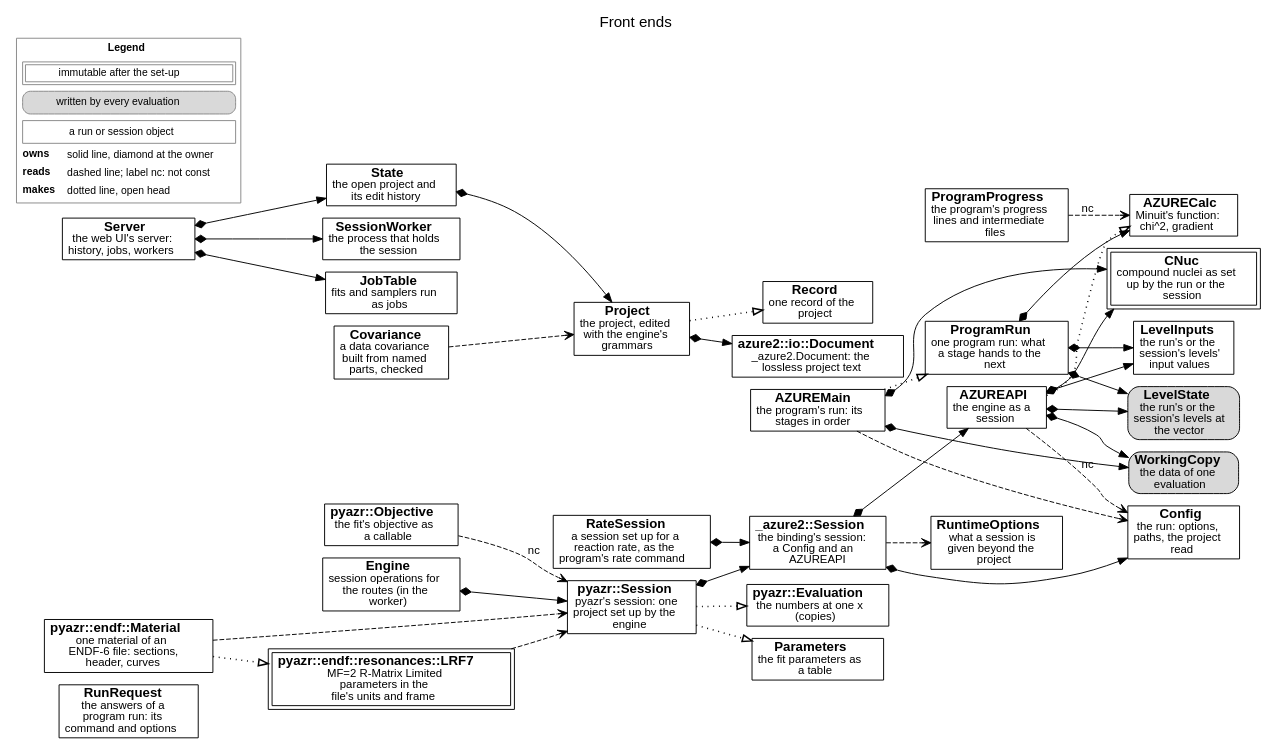
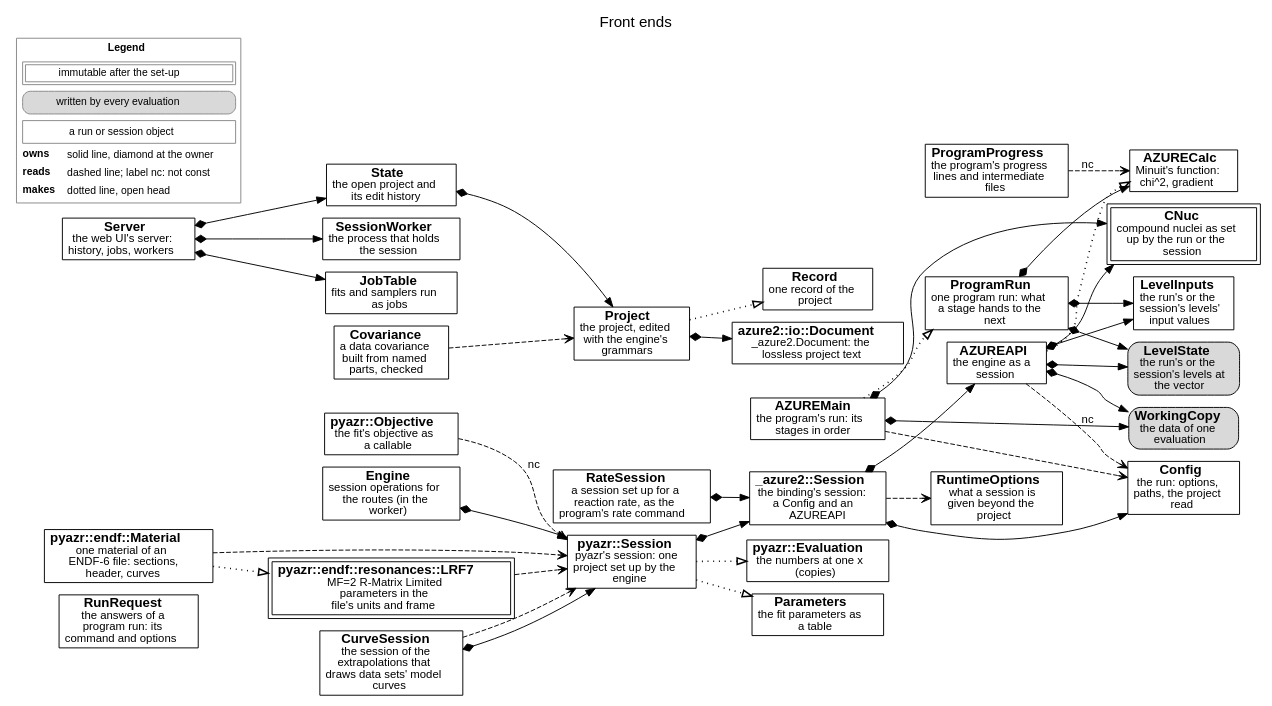
Before and after one commit to AZURE2DEV/AZURE2: the diagram in docs/source/developer/figures/frontends.dot, drawn with Graphviz. The commit also changed 51 other files, not shown here.

```diff
--- a/docs/source/developer/figures/frontends.dot
+++ b/docs/source/developer/figures/frontends.dot
@@ -1,68 +1,71 @@
 digraph frontends {
   graph [rankdir=LR, fontname="Helvetica", fontsize=16, labelloc=t, label="Front ends", nodesep=0.18, ranksep=0.3, newrank=true];
   node [fontname="Helvetica", fontsize=14, margin="0.08,0.04"];
   edge [fontname="Helvetica", fontsize=12];
   n_RunRequest [label=<<b>RunRequest</b><br/><font point-size="12">the answers of a<br/>program run: its<br/>command and options</font>>, shape=box, style="filled", fillcolor="white"];
   n_AZUREMain [label=<<b>AZUREMain</b><br/><font point-size="12">the program&#x27;s run: its<br/>stages in order</font>>, shape=box, style="filled", fillcolor="white"];
   n_Config [label=<<b>Config</b><br/><font point-size="12">the run: options,<br/>paths, the project<br/>read</font>>, shape=box, style="filled", fillcolor="white"];
   n_CNuc [label=<<b>CNuc</b><br/><font point-size="12">compound nuclei as set<br/>up by the run or the<br/>session</font>>, shape=box, peripheries=2, style="filled", fillcolor="white"];
   n_LevelState [label=<<b>LevelState</b><br/><font point-size="12">the run&#x27;s or the<br/>session&#x27;s levels at<br/>the vector</font>>, shape=box, style="rounded,filled", fillcolor="#d9d9d9"];
   n_LevelInputs [label=<<b>LevelInputs</b><br/><font point-size="12">the run&#x27;s or the<br/>session&#x27;s levels&#x27;<br/>input values</font>>, shape=box, style="filled", fillcolor="white"];
   n_WorkingCopy [label=<<b>WorkingCopy</b><br/><font point-size="12">the data of one<br/>evaluation</font>>, shape=box, style="rounded,filled", fillcolor="#d9d9d9"];
   n_AZURECalc [label=<<b>AZURECalc</b><br/><font point-size="12">Minuit&#x27;s function:<br/>chi^2, gradient</font>>, shape=box, style="filled", fillcolor="white"];
   n_ProgramRun [label=<<b>ProgramRun</b><br/><font point-size="12">one program run: what<br/>a stage hands to the<br/>next</font>>, shape=box, style="filled", fillcolor="white"];
   n_ProgramProgress [label=<<b>ProgramProgress</b><br/><font point-size="12">the program&#x27;s progress<br/>lines and intermediate<br/>files</font>>, shape=box, style="filled", fillcolor="white"];
   n_AZUREAPI [label=<<b>AZUREAPI</b><br/><font point-size="12">the engine as a<br/>session</font>>, shape=box, style="filled", fillcolor="white"];
   n__azure2__Session [label=<<b>_azure2::Session</b><br/><font point-size="12">the binding&#x27;s session:<br/>a Config and an<br/>AZUREAPI</font>>, shape=box, style="filled", fillcolor="white"];
   n_RuntimeOptions [label=<<b>RuntimeOptions</b><br/><font point-size="12">what a session is<br/>given beyond the<br/>project</font>>, shape=box, style="filled", fillcolor="white"];
   n_pyazr__Session [label=<<b>pyazr::Session</b><br/><font point-size="12">pyazr&#x27;s session: one<br/>project set up by the<br/>engine</font>>, shape=box, style="filled", fillcolor="white"];
   n_pyazr__Objective [label=<<b>pyazr::Objective</b><br/><font point-size="12">the fit&#x27;s objective as<br/>a callable</font>>, shape=box, style="filled", fillcolor="white"];
   n_pyazr__Evaluation [label=<<b>pyazr::Evaluation</b><br/><font point-size="12">the numbers at one x<br/>(copies)</font>>, shape=box, style="filled", fillcolor="white"];
   n_Parameters [label=<<b>Parameters</b><br/><font point-size="12">the fit parameters as<br/>a table</font>>, shape=box, style="filled", fillcolor="white"];
   n_Project [label=<<b>Project</b><br/><font point-size="12">the project, edited<br/>with the engine&#x27;s<br/>grammars</font>>, shape=box, style="filled", fillcolor="white"];
   n_Record [label=<<b>Record</b><br/><font point-size="12">one record of the<br/>project</font>>, shape=box, style="filled", fillcolor="white"];
   n_azure2__io__Document [label=<<b>azure2::io::Document</b><br/><font point-size="12">_azure2.Document: the<br/>lossless project text</font>>, shape=box, style="filled", fillcolor="white"];
   n_Server [label=<<b>Server</b><br/><font point-size="12">the web UI&#x27;s server:<br/>history, jobs, workers</font>>, shape=box, style="filled", fillcolor="white"];
   n_State [label=<<b>State</b><br/><font point-size="12">the open project and<br/>its edit history</font>>, shape=box, style="filled", fillcolor="white"];
   n_SessionWorker [label=<<b>SessionWorker</b><br/><font point-size="12">the process that holds<br/>the session</font>>, shape=box, style="filled", fillcolor="white"];
   n_Engine [label=<<b>Engine</b><br/><font point-size="12">session operations for<br/>the routes (in the<br/>worker)</font>>, shape=box, style="filled", fillcolor="white"];
   n_JobTable [label=<<b>JobTable</b><br/><font point-size="12">fits and samplers run<br/>as jobs</font>>, shape=box, style="filled", fillcolor="white"];
   n_pyazr__endf__Material [label=<<b>pyazr::endf::Material</b><br/><font point-size="12">one material of an<br/>ENDF-6 file: sections,<br/>header, curves</font>>, shape=box, style="filled", fillcolor="white"];
   n_pyazr__endf__resonances__LRF7 [label=<<b>pyazr::endf::resonances::LRF7</b><br/><font point-size="12">MF=2 R-Matrix Limited<br/>parameters in the<br/>file&#x27;s units and frame</font>>, shape=box, peripheries=2, style="filled", fillcolor="white"];
   n_RateSession [label=<<b>RateSession</b><br/><font point-size="12">a session set up for a<br/>reaction rate, as the<br/>program&#x27;s rate command</font>>, shape=box, style="filled", fillcolor="white"];
+  n_CurveSession [label=<<b>CurveSession</b><br/><font point-size="12">the session of the<br/>extrapolations that<br/>draws data sets&#x27; model<br/>curves</font>>, shape=box, style="filled", fillcolor="white"];
   n_Covariance [label=<<b>Covariance</b><br/><font point-size="12">a data covariance<br/>built from named<br/>parts, checked</font>>, shape=box, style="filled", fillcolor="white"];
   n_AZUREMain -> n_Config [style=dashed, arrowhead=vee];
   n_AZUREMain -> n_CNuc [style=solid, dir=both, arrowtail=diamond, arrowhead=normal];
   n_AZUREMain -> n_WorkingCopy [style=solid, dir=both, arrowtail=diamond, arrowhead=normal];
   n_AZUREMain -> n_ProgramRun [style=dotted, penwidth=1.6, arrowhead=empty];
   n_ProgramRun -> n_AZURECalc [style=solid, dir=both, arrowtail=diamond, arrowhead=normal];
   n_ProgramRun -> n_LevelState [style=solid, dir=both, arrowtail=diamond, arrowhead=normal];
   n_ProgramRun -> n_LevelInputs [style=solid, dir=both, arrowtail=diamond, arrowhead=normal];
   n_ProgramProgress -> n_AZURECalc [style=dashed, arrowhead=vee, label=" nc"];
   n_AZUREAPI -> n_AZURECalc [style=dotted, penwidth=1.6, arrowhead=empty];
   n_AZUREAPI -> n_Config [style=dashed, arrowhead=vee, label=" nc"];
   n_AZUREAPI -> n_CNuc [style=solid, dir=both, arrowtail=diamond, arrowhead=normal];
   n_AZUREAPI -> n_LevelState [style=solid, dir=both, arrowtail=diamond, arrowhead=normal];
   n_AZUREAPI -> n_LevelInputs [style=solid, dir=both, arrowtail=diamond, arrowhead=normal];
   n_AZUREAPI -> n_WorkingCopy [style=solid, dir=both, arrowtail=diamond, arrowhead=normal];
   n__azure2__Session -> n_Config [style=solid, dir=both, arrowtail=diamond, arrowhead=normal];
   n__azure2__Session -> n_AZUREAPI [style=solid, dir=both, arrowtail=diamond, arrowhead=normal];
   n__azure2__Session -> n_RuntimeOptions [style=dashed, arrowhead=vee];
   n_pyazr__Session -> n__azure2__Session [style=solid, dir=both, arrowtail=diamond, arrowhead=normal];
   n_pyazr__Session -> n_Parameters [style=dotted, penwidth=1.6, arrowhead=empty];
   n_pyazr__Objective -> n_pyazr__Session [style=dashed, arrowhead=vee, label=" nc"];
   n_pyazr__Session -> n_pyazr__Evaluation [style=dotted, penwidth=1.6, arrowhead=empty];
   n_Project -> n_azure2__io__Document [style=solid, dir=both, arrowtail=diamond, arrowhead=normal];
   n_Project -> n_Record [style=dotted, penwidth=1.6, arrowhead=empty];
   n_State -> n_Project [style=solid, dir=both, arrowtail=diamond, arrowhead=normal];
   n_Server -> n_State [style=solid, dir=both, arrowtail=diamond, arrowhead=normal];
   n_Server -> n_SessionWorker [style=solid, dir=both, arrowtail=diamond, arrowhead=normal];
   n_Server -> n_JobTable [style=solid, dir=both, arrowtail=diamond, arrowhead=normal];
   n_Engine -> n_pyazr__Session [style=solid, dir=both, arrowtail=diamond, arrowhead=normal];
   n_RateSession -> n__azure2__Session [style=solid, dir=both, arrowtail=diamond, arrowhead=normal];
+  n_CurveSession -> n_pyazr__Session [style=solid, dir=both, arrowtail=diamond, arrowhead=normal];
+  n_CurveSession -> n_pyazr__Session [style=dashed, arrowhead=vee];
   n_Covariance -> n_Project [style=dashed, arrowhead=vee];
   n_pyazr__endf__Material -> n_pyazr__Session [style=dashed, arrowhead=vee];
   n_pyazr__endf__Material -> n_pyazr__endf__resonances__LRF7 [style=dotted, penwidth=1.6, arrowhead=empty];
   n_pyazr__endf__resonances__LRF7 -> n_pyazr__Session [style=dashed, arrowhead=vee];
   legend [shape=plaintext, fontsize=11, label=<<TABLE BORDER="1" CELLBORDER="0" CELLSPACING="3" COLOR="#888888"><TR><TD COLSPAN="2"><B>Legend</B></TD></TR><TR><TD COLSPAN="2"><TABLE BORDER="1" CELLBORDER="1" CELLSPACING="2" CELLPADDING="2"><TR><TD>immutable after the set-up</TD></TR></TABLE></TD></TR><TR><TD COLSPAN="2"><TABLE BORDER="1" CELLBORDER="0" CELLPADDING="3" STYLE="rounded" BGCOLOR="#d9d9d9"><TR><TD>written by every evaluation</TD></TR></TABLE></TD></TR><TR><TD COLSPAN="2"><TABLE BORDER="1" CELLBORDER="0" CELLPADDING="3" ><TR><TD>a run or session object</TD></TR></TABLE></TD></TR><TR><TD ALIGN="LEFT"><B>owns</B></TD><TD ALIGN="LEFT">solid line, diamond at the owner</TD></TR><TR><TD ALIGN="LEFT"><B>reads</B></TD><TD ALIGN="LEFT">dashed line; label nc: not const</TD></TR><TR><TD ALIGN="LEFT"><B>makes</B></TD><TD ALIGN="LEFT">dotted line, open head</TD></TR></TABLE>>];
 }
```
